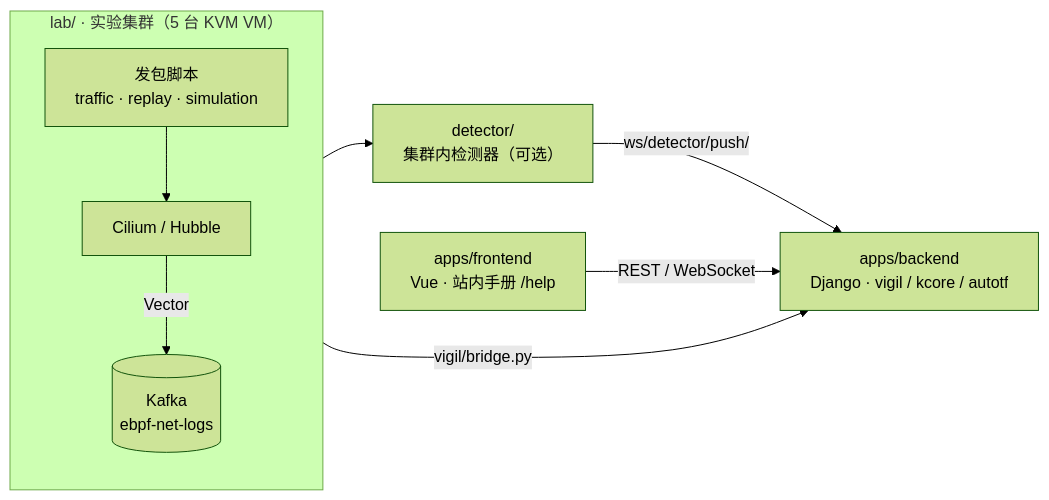
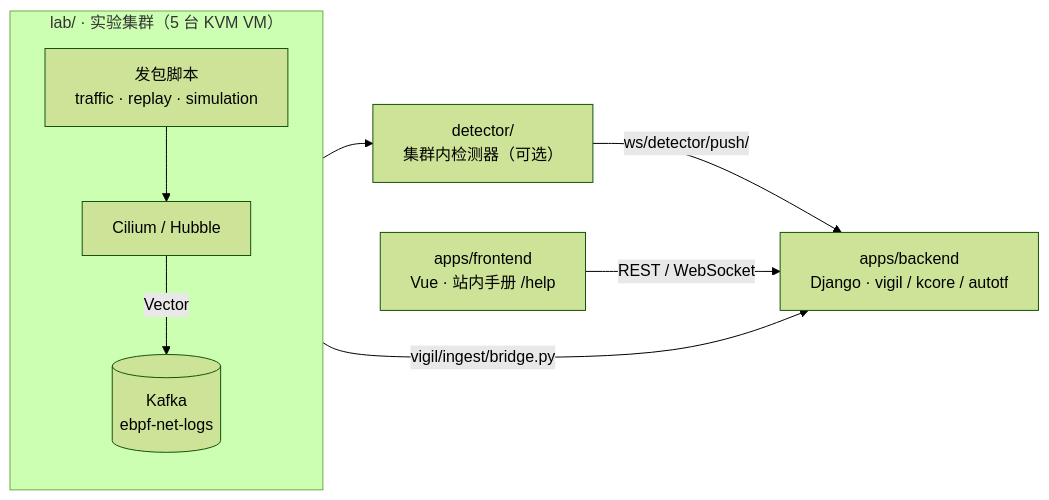
The first of 2 diagrams in README.md (knet-lab/knettf), drawn with Mermaid (forest theme) before and after one commit. The commit also changed other lines of this file and 11 other files, not shown here.

Commit message:
文档：vigil 旧路径（vigil/ml、bridge.py）改为 detection / ingest / response

````diff
--- a/README.md
+++ b/README.md
@@ -9,16 +9,16 @@
 ```mermaid
 flowchart LR
     subgraph LAB["lab/ · 实验集群（5 台 KVM VM）"]
         direction TB
         TR["发包脚本<br/>traffic · replay · simulation"]
         CIL["Cilium / Hubble"]
         KAF[("Kafka<br/>ebpf-net-logs")]
         TR --> CIL -- "Vector" --> KAF
     end
     DET["detector/<br/>集群内检测器（可选）"]
     BE["apps/backend<br/>Django · vigil / kcore / autotf"]
     FE["apps/frontend<br/>Vue · 站内手册 /help"]
-    KAF -- "vigil/bridge.py" --> BE
+    KAF -- "vigil/ingest/bridge.py" --> BE
     KAF --> DET -- "ws/detector/push/" --> BE
     FE -- "REST / WebSocket" --> BE
 ```
````
